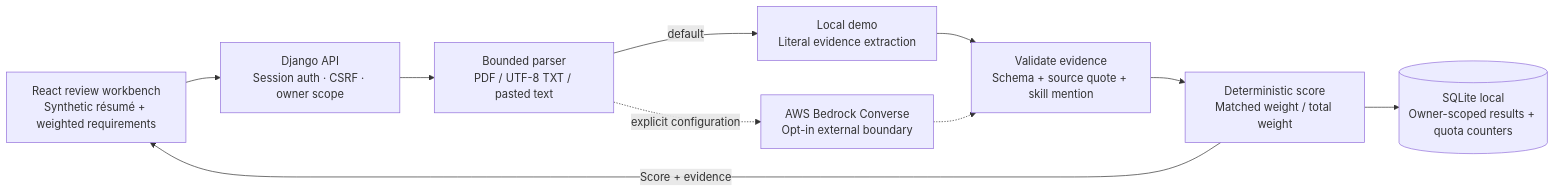
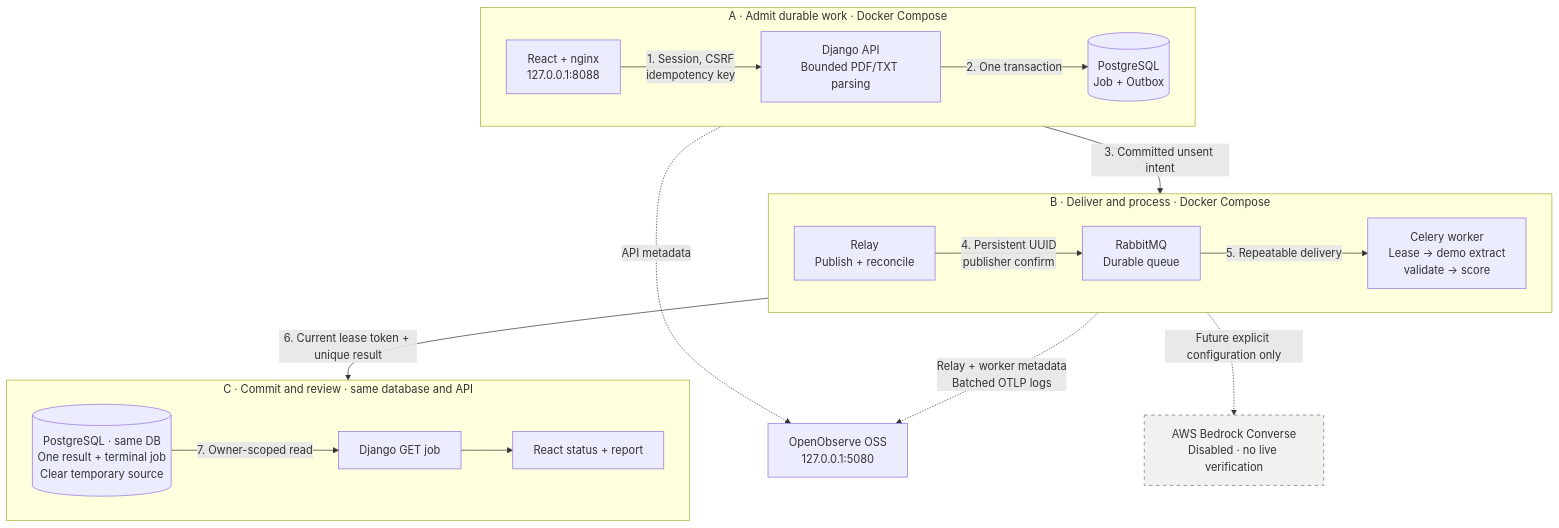
The diagram in docs/assets/architecture.mmd (junrillg/resume-match-bedrock), drawn with Mermaid before and after one commit. The commit also changed 14 other files, not shown here.

Commit message:
docs: teach the queued architecture through independent rebuilds

```diff
--- a/docs/assets/architecture.mmd
+++ b/docs/assets/architecture.mmd
@@ -1,16 +1,24 @@
-flowchart LR
-  U["React review workbench<br/>Synthetic résumé + weighted requirements"]
-  A["Django API<br/>Session auth · CSRF · owner scope"]
-  P["Bounded parser<br/>PDF / UTF-8 TXT / pasted text"]
-  D["Local demo<br/>Literal evidence extraction"]
-  B["AWS Bedrock Converse<br/>Opt-in external boundary"]
-  V["Validate evidence<br/>Schema + source quote + skill mention"]
-  S["Deterministic score<br/>Matched weight / total weight"]
-  DB[("SQLite local<br/>Owner-scoped results + quota counters")]
-  U --> A --> P
-  P -->|default| D
-  P -.->|explicit configuration| B
-  D --> V
-  B -.-> V
-  V --> S --> DB
-  S -->|Score + evidence| U
+flowchart TB
+  accTitle: Runnable local résumé comparison in three stages
+  accDescr: Admission commits Job and Outbox in PostgreSQL. Delivery uses a relay, durable RabbitMQ and a leased Celery worker. Completion writes the same database and React polls Django. Dotted arrows export safe metadata; the disabled Bedrock option is separate.
+  subgraph Admission["A · Admit durable work · Docker Compose"]
+    direction LR
+    UI["React + nginx<br/>127.0.0.1:8088"] -->|"1. Session, CSRF<br/>idempotency key"| API["Django API<br/>Bounded PDF/TXT parsing"]
+    API -->|"2. One transaction"| DB[("PostgreSQL<br/>Job + Outbox")]
+  end
+  subgraph Processing["B · Deliver and process · Docker Compose"]
+    direction LR
+    Relay["Relay<br/>Publish + reconcile"] -->|"4. Persistent UUID<br/>publisher confirm"| Q["RabbitMQ<br/>Durable queue"]
+    Q -->|"5. Repeatable delivery"| W["Celery worker<br/>Lease → demo extract<br/>validate → score"]
+  end
+  subgraph Completion["C · Commit and review · same database and API"]
+    direction LR
+    Result[("PostgreSQL · same DB<br/>One result + terminal job<br/>Clear temporary source")] -->|"7. Owner-scoped read"| Read["Django GET job"] --> Report["React status + report"]
+  end
+  Admission -->|"3. Committed unsent intent"| Processing
+  Processing -->|"6. Current lease token + unique result"| Completion
+  Admission -. "API metadata" .-> O["OpenObserve OSS<br/>127.0.0.1:5080"]
+  Processing -. "Relay + worker metadata<br/>Batched OTLP logs" .-> O
+  Processing -. "Future explicit configuration only" .-> B["AWS Bedrock Converse<br/>Disabled · no live verification"]
+  classDef optional fill:#f1f1ef,stroke:#6b7280,stroke-dasharray:5 5;
+  class B optional;
```
